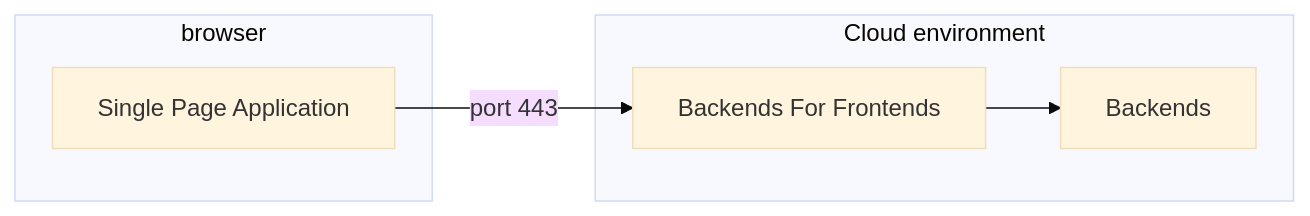
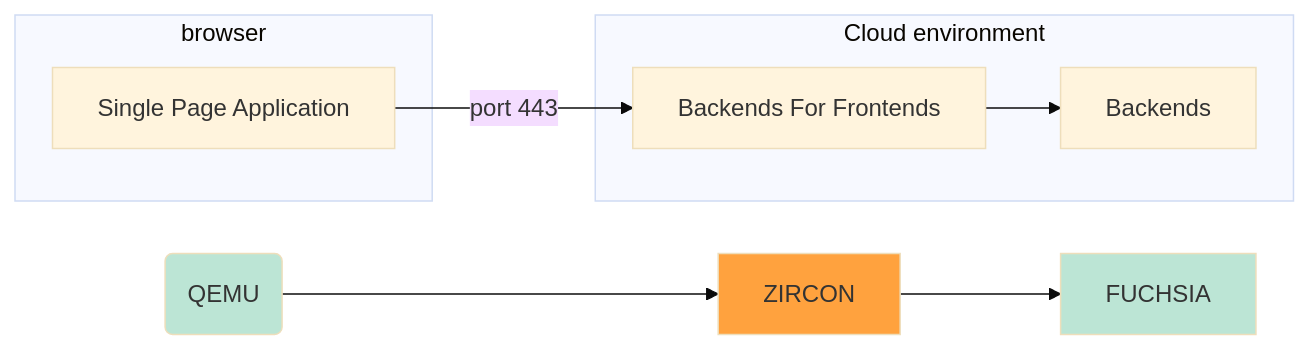
One commit to slamdunk729/ansible2 changed the first of 4 diagrams in README.md. Above: the diagram before and after it, drawn with Mermaid. The commit also changed other lines of this file, not shown here.

````diff
--- a/README.md
+++ b/README.md
@@ -1,15 +1,22 @@
 ```mermaid
 %%{init:{'theme':'base'}}%%
-
+  
 graph LR
   SPA["Single Page Application"]
   BFF["Backends For Frontends"]
   BE["Backends"]
   subgraph browser
     SPA
   end
   subgraph cloud["Cloud environment"]
     BFF --> BE
   end
   SPA -- port 443 --> BFF
+  
+
+  classDef class1 fill:#7BCCAC,fill-opacity:0.5
+  classDef class2 fill:#ffa23e
+
+  qemu(QEMU):::class1 --> zircon[ZIRCON]:::class2
+  zircon --> fuchsia[FUCHSIA]:::class1
 ```
````
